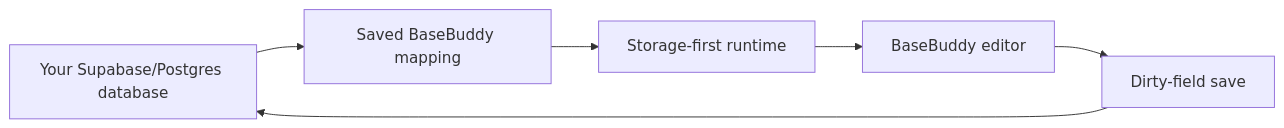
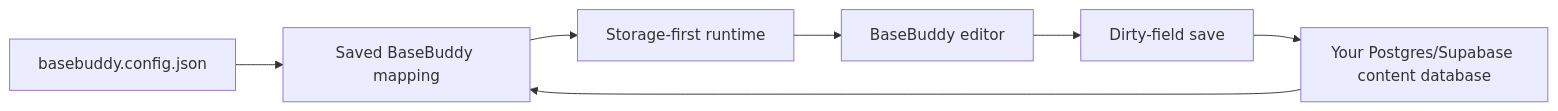
The diagram in README.md (basebuddy-cms/basebuddy), drawn with Mermaid before and after one commit. The commit also changed other lines of this file and 209 other files, not shown here.

````diff
--- a/README.md
+++ b/README.md
@@ -65,8 +62,9 @@
 ```mermaid
 flowchart LR
-  Database["Your Supabase/Postgres database"] --> Mapping["Saved BaseBuddy mapping"]
+  Config["basebuddy.config.json"] --> Mapping["Saved BaseBuddy mapping"]
+  Database["Your Postgres/Supabase content database"] --> Mapping
   Mapping --> Runtime["Storage-first runtime"]
   Runtime --> Editor["BaseBuddy editor"]
   Editor --> Dirty["Dirty-field save"]
   Dirty --> Database
 ```
````
